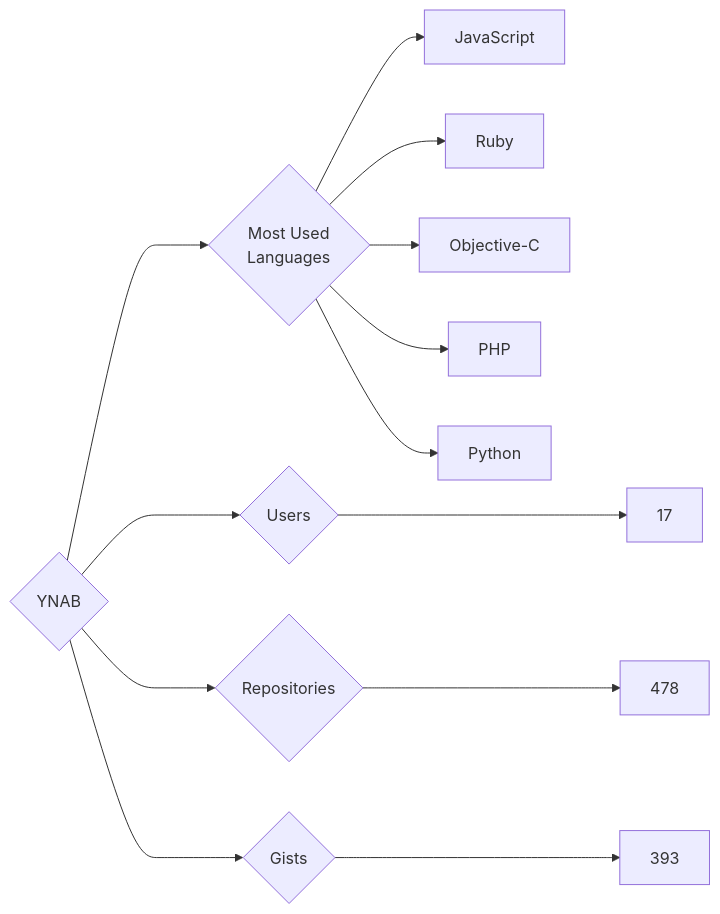
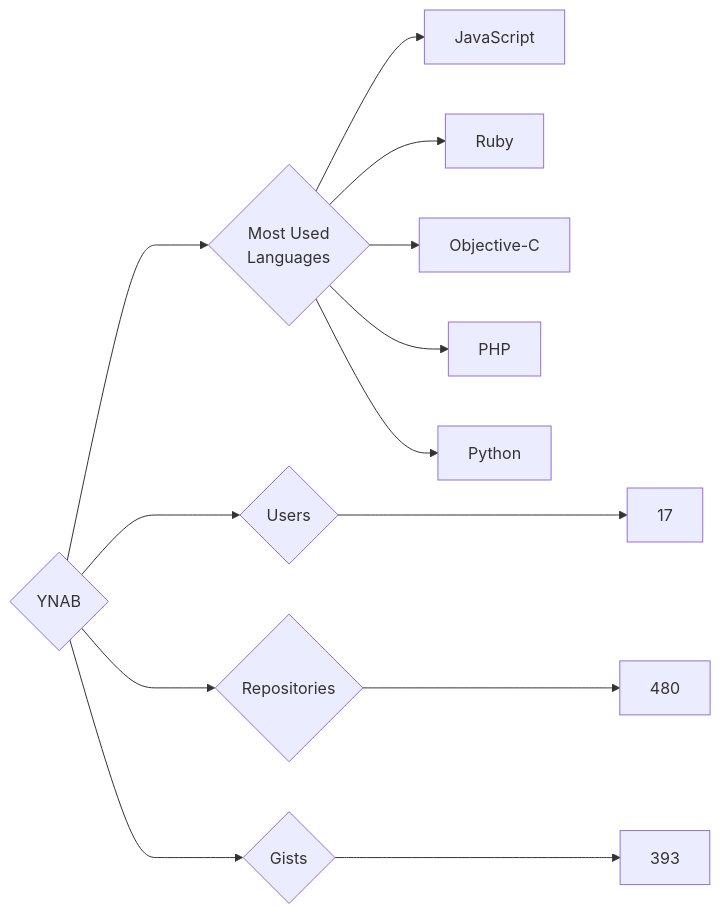
One commit to trickest/insiders changed the diagram in targets/YNAB/README.md. Above: the diagram before and after it, drawn with Mermaid. The commit also changed 797 other files, not shown here.

````diff
--- a/targets/YNAB/README.md
+++ b/targets/YNAB/README.md
@@ -3,13 +3,13 @@
 ```mermaid
 graph LR
 COMPANY_NAME{YNAB}
 COMPANY_NAME ---> U{Users} ---> UN[17]
-COMPANY_NAME ---> R{Repositories} ---> RN[478]
+COMPANY_NAME ---> R{Repositories} ---> RN[480]
 COMPANY_NAME ---> G{Gists} ---> GN[393]
 COMPANY_NAME ---> ML{Most Used<br>Languages}
 ML --> JavaScript[JavaScript]
 ML --> Ruby[Ruby]
 ML --> Objective-C[Objective-C]
 ML --> PHP[PHP]
 ML --> Python[Python]
 ```
````
